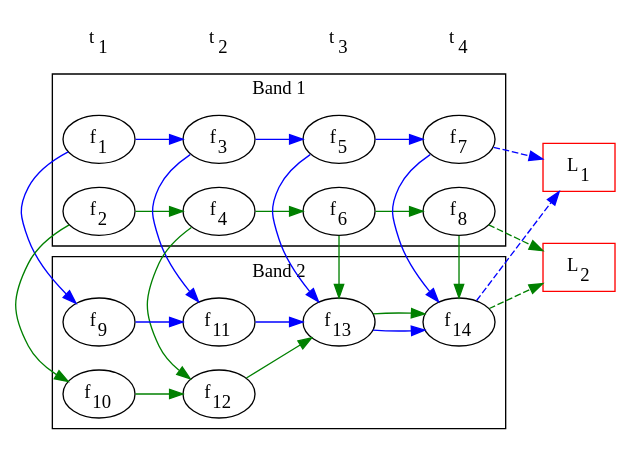
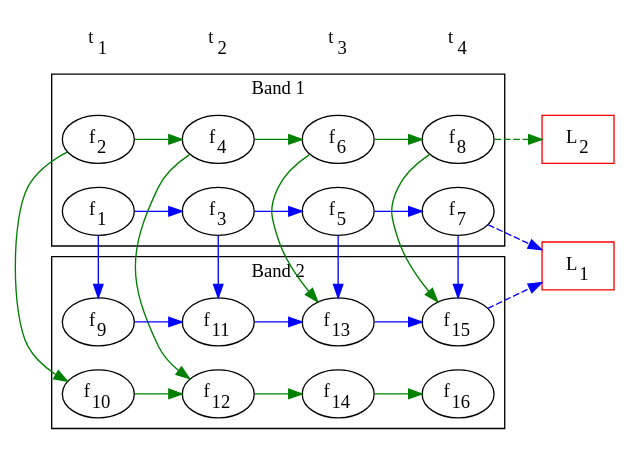
Before and after one commit to transientskp/tkp: the diagram in documentation/source/library/database/assoc/many2one.crossband.dot, drawn with Graphviz. The commit also changed 1 other file, not shown here.

```diff
--- a/documentation/source/library/database/assoc/many2one.crossband.dot
+++ b/documentation/source/library/database/assoc/many2one.crossband.dot
@@ -1,57 +1,58 @@
 digraph one2one {
     rankdir=LR;
     f1 [label=<f<SUB>1</SUB>>];
     f2 [label=<f<SUB>2</SUB>>];
     f3 [label=<f<SUB>3</SUB>>];
     f4 [label=<f<SUB>4</SUB>>];
     f5 [label=<f<SUB>5</SUB>>];
     f6 [label=<f<SUB>6</SUB>>];
     f7 [label=<f<SUB>7</SUB>>];
     f8 [label=<f<SUB>8</SUB>>];
     f9 [label=<f<SUB>9</SUB>>];
     f10 [label=<f<SUB>10</SUB>>];
     f11 [label=<f<SUB>11</SUB>>];
     f12 [label=<f<SUB>12</SUB>>];
     f13 [label=<f<SUB>13</SUB>>];
     f14 [label=<f<SUB>14</SUB>>];
+    f15 [label=<f<SUB>15</SUB>>];
+    f16 [label=<f<SUB>16</SUB>>];
 
     subgraph cluster0 {
         node [style=filled,color=white];
         f1 -> f3 -> f5 -> f7 [color=blue];
         f2 -> f4 -> f6 -> f8 [color=green];
         label = "Band 1";
     }
     subgraph cluster1 {
         rank = min;
         node [style=filled];
-        f9 -> f11 -> f13 -> f14 [color=blue];
-        f10 -> f12 -> f13 -> f14 [color=green];
+        f9 -> f11 -> f13 -> f15 [color=blue];
+        f10 -> f12 -> f14 -> f16 [color=green];
         label = "Band 2";
     }
     edge[color=blue, constraint=false];
     f1 -> f9;
     f3 -> f11;
     f5 -> f13;
-    f7 -> f14;
+    f7 -> f15;
     edge[color=green, constraint=false];
     f2 -> f10;
     f4 -> f12;
     f6 -> f13;
-    f8 -> f14;
+    f8 -> f15;
     edge[constraint=true];
 
     f7 -> l1 [style=dashed, color=blue];
-    f14 -> l1 [style=dashed, color=blue];
+    f15 -> l1 [style=dashed, color=blue];
     l1[label=<L<SUB>1</SUB>>, shape=box, color=red];
     f8 -> l2 [style=dashed, color=green];
-    f14 -> l2 [style=dashed, color=green];
     l2[label=<L<SUB>2</SUB>>, shape=box, color=red];
 
     node[shape=none];
     edge[style=invis];
     t1 [label=<t<SUB>1</SUB>>];
     t2 [label=<t<SUB>2</SUB>>];
     t3 [label=<t<SUB>3</SUB>>];
     t4 [label=<t<SUB>4</SUB>>];
     t1 -> t2 -> t3 -> t4;
 }
```
